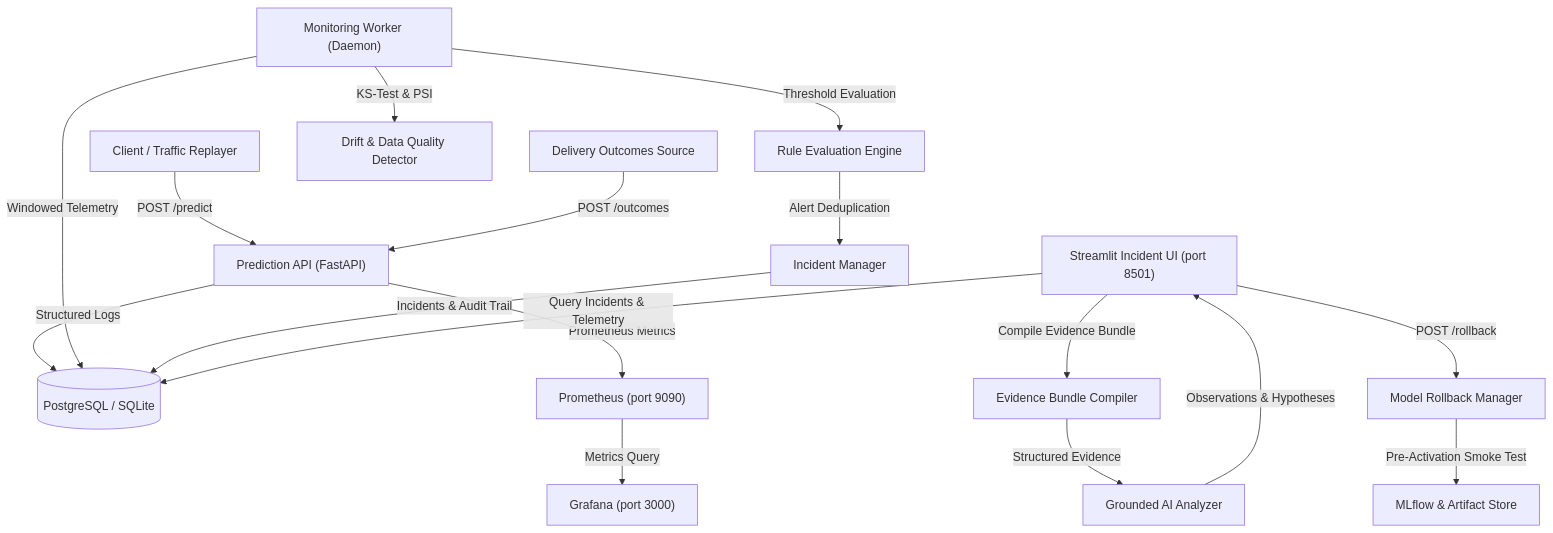
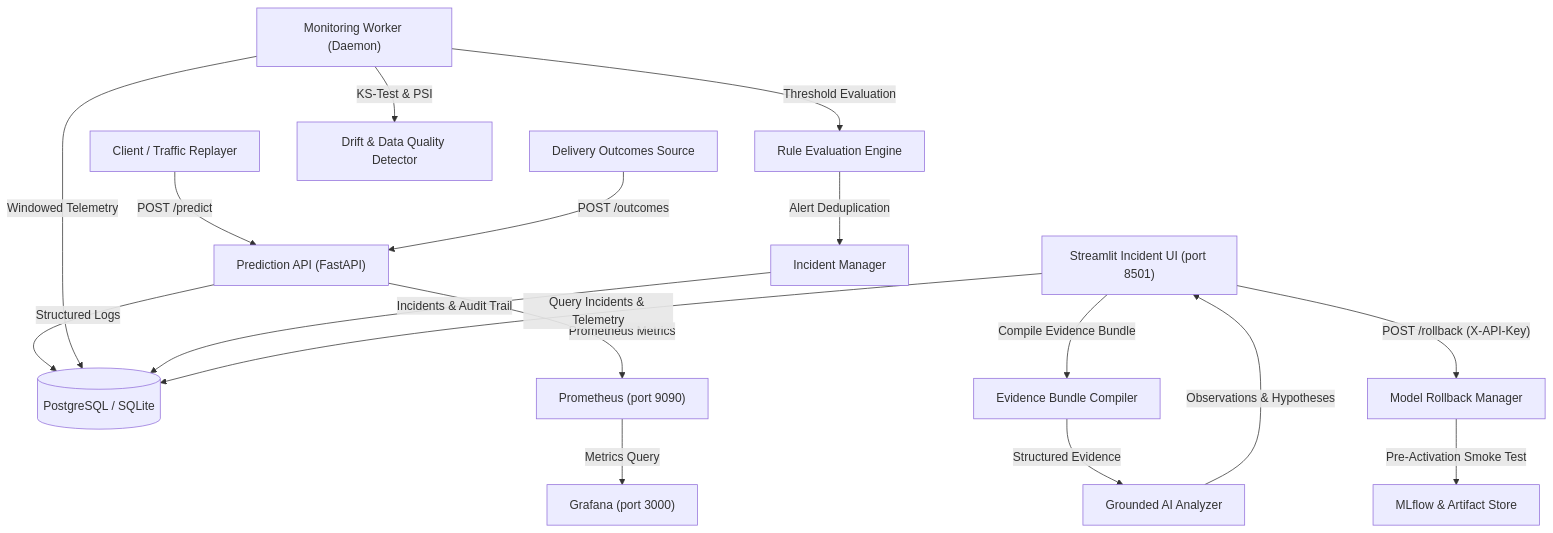
The diagram in README.md (shivangisrivastava013/FaultLine), drawn with Mermaid before and after one commit. The commit also changed other lines of this file and 3 other files, not shown here.

````diff
--- a/README.md
+++ b/README.md
@@ -19,23 +19,23 @@
 ```mermaid
 flowchart TD
     Client["Client / Traffic Replayer"] -->|"POST /predict"| API["Prediction API (FastAPI)"]
     API -->|"Structured Logs"| DB[("PostgreSQL / SQLite")]
     API -->|"Prometheus Metrics"| Prom["Prometheus (port 9090)"]
     Prom -->|"Metrics Query"| Grafana["Grafana (port 3000)"]
     
     Outcomes["Delivery Outcomes Source"] -->|"POST /outcomes"| API
     
     Worker["Monitoring Worker (Daemon)"] -->|"Windowed Telemetry"| DB
     Worker -->|"KS-Test & PSI"| Drift["Drift & Data Quality Detector"]
     Worker -->|"Threshold Evaluation"| Rules["Rule Evaluation Engine"]
     Rules -->|"Alert Deduplication"| IncMgr["Incident Manager"]
     IncMgr -->|"Incidents & Audit Trail"| DB
     
     UI["Streamlit Incident UI (port 8501)"] -->|"Query Incidents & Telemetry"| DB
     UI -->|"Compile Evidence Bundle"| Evidence["Evidence Bundle Compiler"]
     Evidence -->|"Structured Evidence"| AI["Grounded AI Analyzer"]
     AI -->|"Observations & Hypotheses"| UI
     
-    UI -->|"POST /rollback"| Rollback["Model Rollback Manager"]
+    UI -->|"POST /rollback (X-API-Key)"| Rollback["Model Rollback Manager"]
     Rollback -->|"Pre-Activation Smoke Test"| Registry["MLflow & Artifact Store"]
 ```
````
